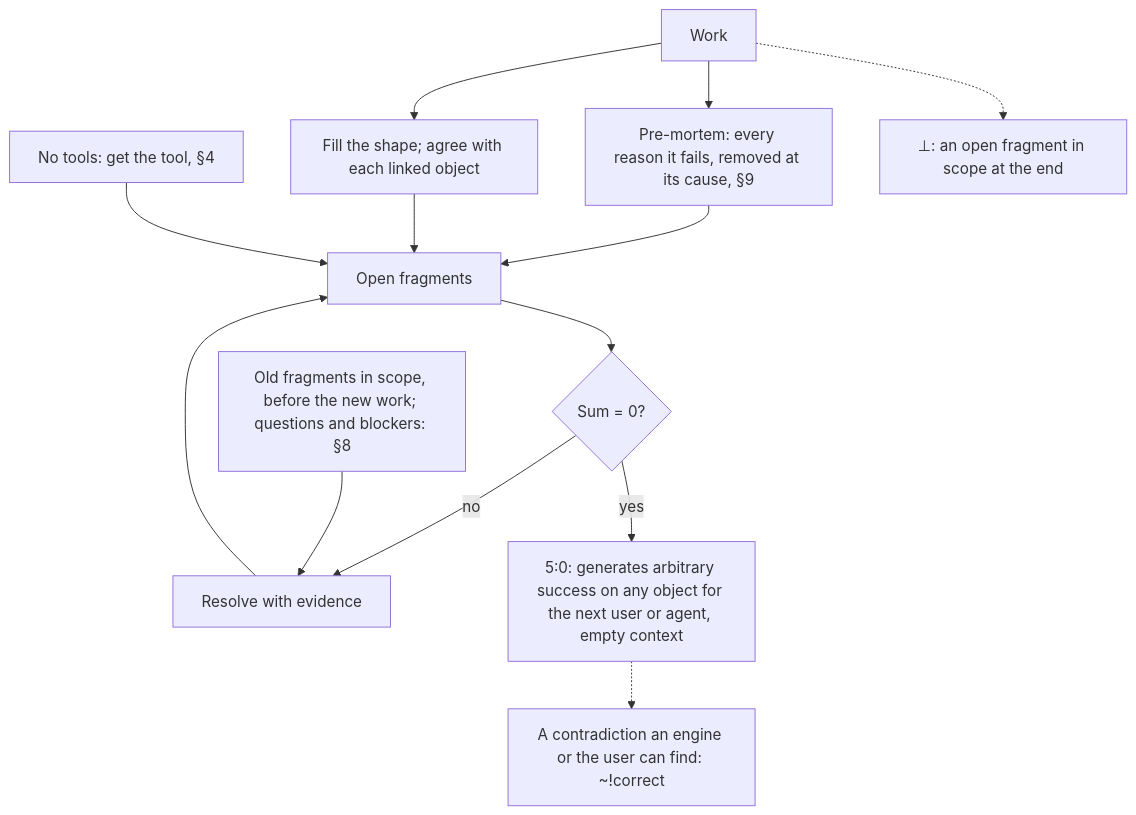
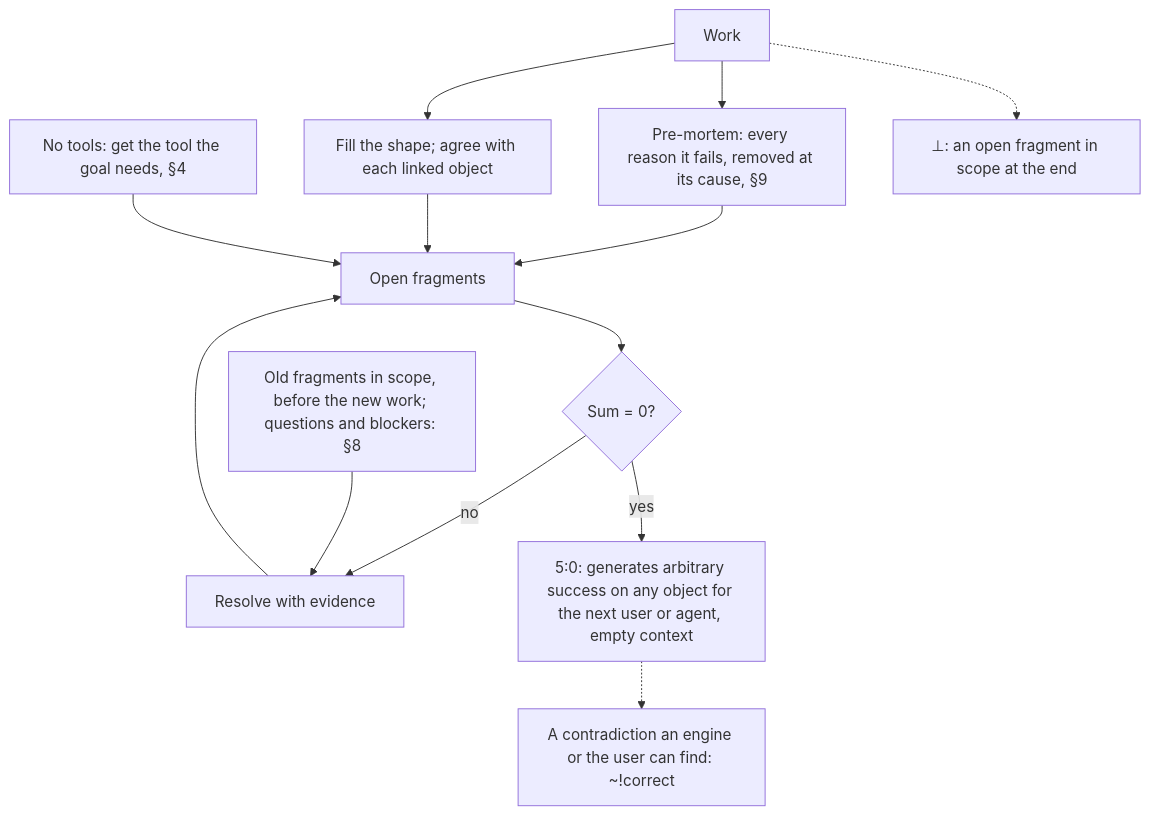
One commit to SolenixAI/arbiter changed the second of 14 diagrams in AGENTS.md. Above: the diagram before and after it, drawn with Mermaid. The commit also changed other lines of this file and 2 other files, not shown here.

Commit message:
fix(agents): terminus is a limit you cannot remove or control, an avoidable hit fails; frontier stops discovery in the formula; no-tools gap is the tool the goal needs

````diff
--- a/AGENTS.md
+++ b/AGENTS.md
@@ -73,11 +73,11 @@
 ```mermaid
 flowchart TD
   W[Work] --> PM["Pre-mortem: every reason it fails, removed at its cause, §9"] --> L[Open fragments] --> C{"Sum = 0?"}
   C -->|no| F[Resolve with evidence] --> L
   W --> SH["Fill the shape; agree with each linked object"] --> L
   O["Old fragments in scope, before the new work; questions and blockers: §8"] --> F
-  NT["No tools: get the tool, §4"] --> L
+  NT["No tools: get the tool the goal needs, §4"] --> L
   C -->|yes| D["5:0: generates arbitrary success on any object for the next user or agent, empty context"]
   D -.-> CO["A contradiction an engine or the user can find: ~!correct"]
   W -.-> BOT["⊥: an open fragment in scope at the end"]
 ```
````
